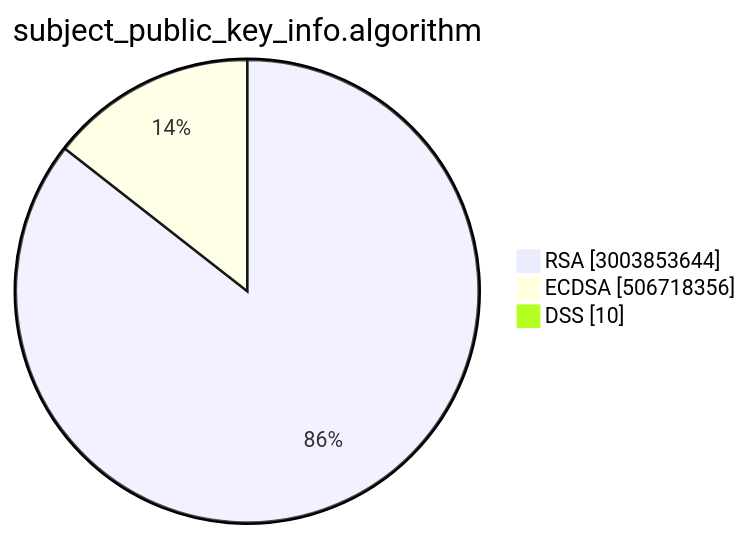
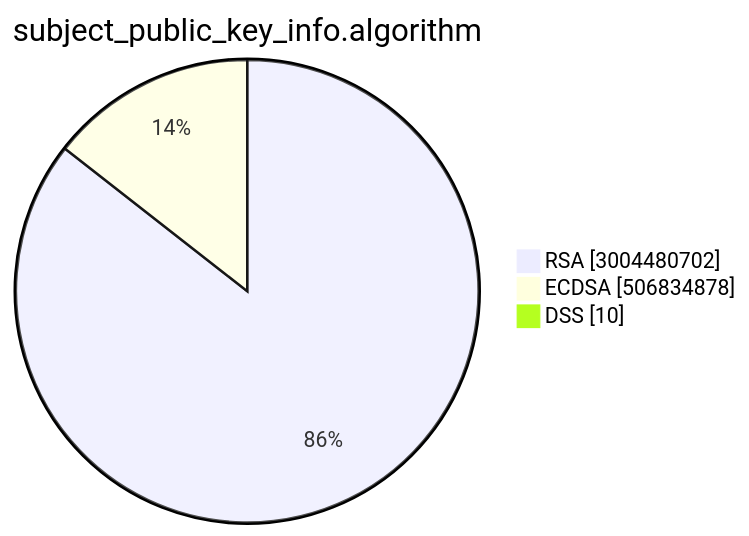
The second of 15 diagrams in TOTAL/README.md (christiankrug/ctmonitor_visualization), drawn with Mermaid before and after one commit. The commit also changed other lines of this file, not shown here.

````diff
--- a/TOTAL/README.md
+++ b/TOTAL/README.md
@@ -6,7 +6,7 @@
 ```mermaid
 pie showData
 title subject_public_key_info.algorithm
-"RSA" :3003853644
-"ECDSA" :506718356
+"RSA" :3004480702
+"ECDSA" :506834878
 "DSS" :10
 ```
````
